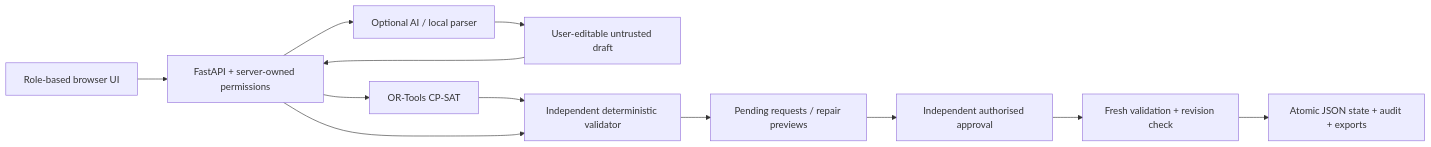
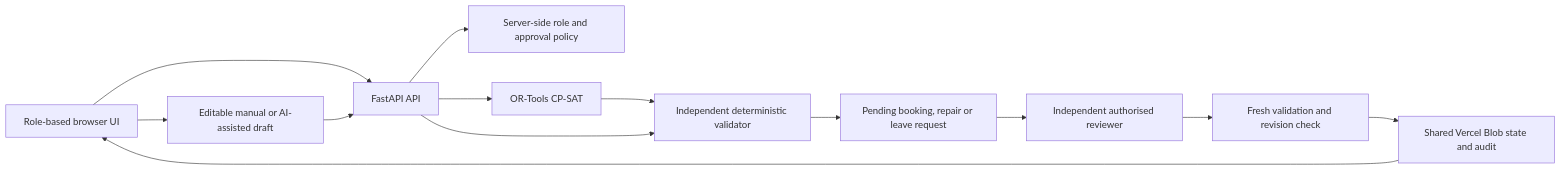
Before and after one commit to SALILCHAK123/CHRONOGRID_IITBBSR: the diagram in README.md, drawn with Mermaid. The commit also changed other lines of this file and 6 other files, not shown here.

````diff
--- a/README.md
+++ b/README.md
@@ -21,14 +23,15 @@
 ```mermaid
 flowchart LR
-    Browser[Role-based browser UI] --> API[FastAPI + server-owned permissions]
-    API --> Parser[Optional AI / local parser]
-    Parser --> Draft[User-editable untrusted draft]
+    UI[Role-based browser UI] --> API[FastAPI API]
+    UI --> Draft[Editable manual or AI-assisted draft]
     Draft --> API
+    API --> Auth[Server-side role and approval policy]
     API --> Solver[OR-Tools CP-SAT]
-    Solver --> Check[Independent deterministic validator]
-    API --> Check
-    Check --> Queue[Pending requests / repair previews]
-    Queue --> Review[Independent authorised approval]
-    Review --> Recheck[Fresh validation + revision check]
-    Recheck --> Store[Atomic JSON state + audit + exports]
+    Solver --> Validator[Independent deterministic validator]
+    API --> Validator
+    Validator --> Queue[Pending booking, repair or leave request]
+    Queue --> Review[Independent authorised reviewer]
+    Review --> Recheck[Fresh validation and revision check]
+    Recheck --> State[Shared Vercel Blob state and audit]
+    State --> UI
 ```
````
